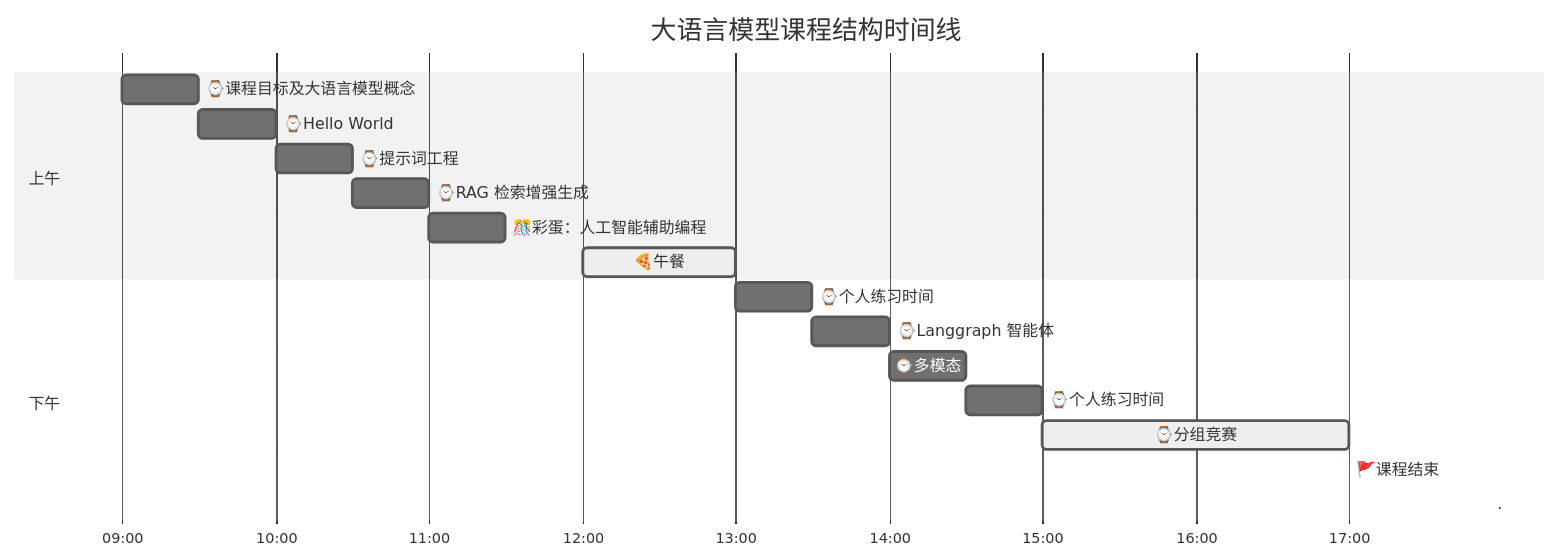
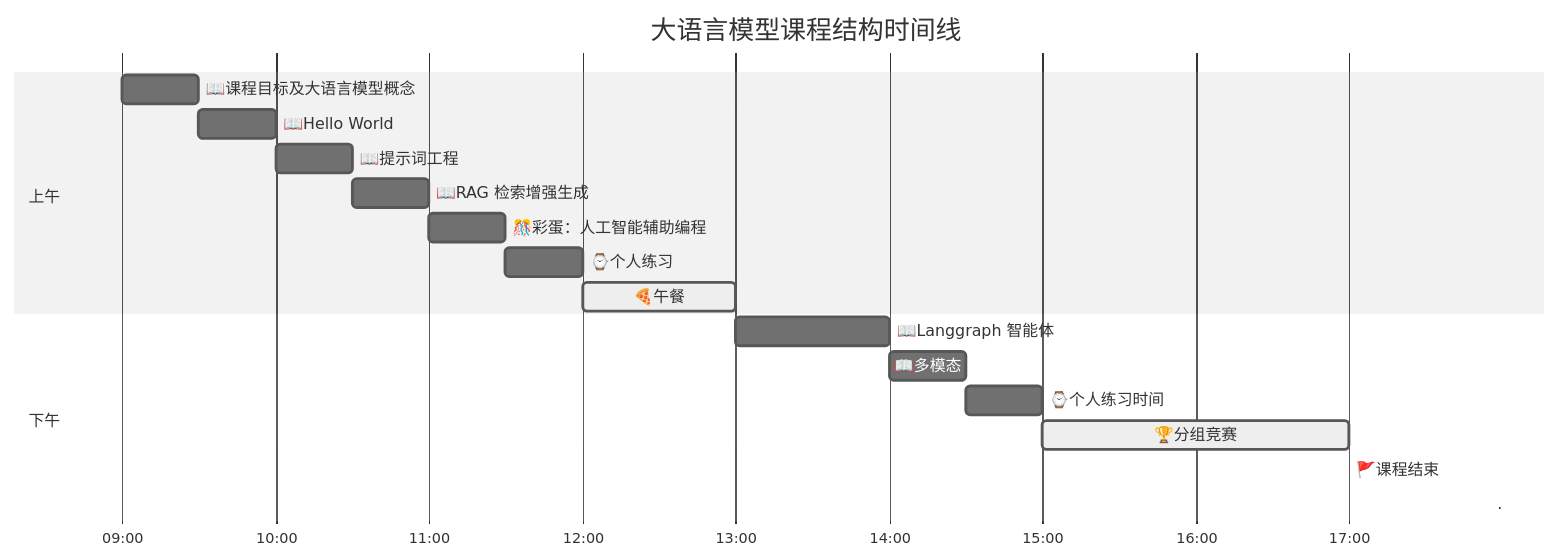
The first of 3 diagrams in docs/_课程结构.md (MartinChen1973/learn-langchain), drawn with Mermaid (neutral theme) before and after one commit. The commit also changed other lines of this file and 20 other files, not shown here.

````diff
--- a/docs/_课程结构.md
+++ b/docs/_课程结构.md
@@ -3,24 +5,23 @@
 ```mermaid
 gantt
     title 大语言模型课程结构时间线
     dateFormat HH:mm
     axisFormat %H:%M
 
     section 上午
-    ⌚课程目标及大语言模型概念     :  09:00, 0.5h
-    ⌚Hello World               :  09:30, 0.5h
-    ⌚提示词工程                 :10:00, 0.5h
-    ⌚RAG 检索增强生成           :      10:30, 0.5h
+    📖课程目标及大语言模型概念     :  09:00, 0.5h
+    📖Hello World               :  09:30, 0.5h
+    📖提示词工程                 :10:00, 0.5h
+    📖RAG 检索增强生成           :      10:30, 0.5h
     🎊彩蛋：人工智能辅助编程           :      11:00, 0.5h
-
+    ⌚个人练习           :      11:30, 0.5h
     🍕午餐               : active,     12:00, 1h
 
     section 下午
-    ⌚个人练习时间               :      13:00, 0.5h
-    ⌚Langgraph 智能体          :      13:30, 0.5h
-    ⌚多模态                     :      14:00, 0.5h
+    📖Langgraph 智能体          :      13:00, 1h
+    📖多模态                     :      14:00, 0.5h
     ⌚个人练习时间               :      14:30, 0.5h
-    ⌚分组竞赛                   :active,      15:00, 2h
+    🏆分组竞赛                   :active,      15:00, 2h
     🚩课程结束                   : 17:00, 0h
     .                           : 17:55, 0h
 ```
````
